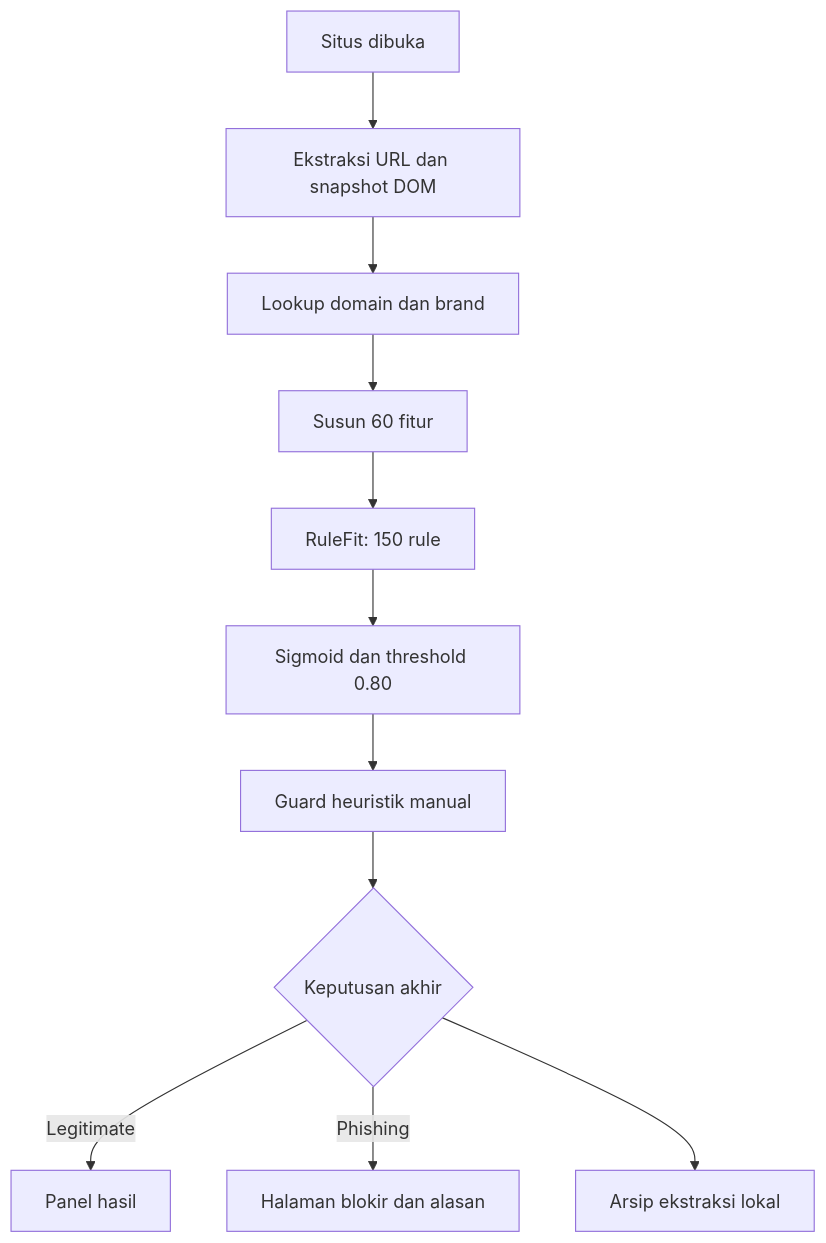
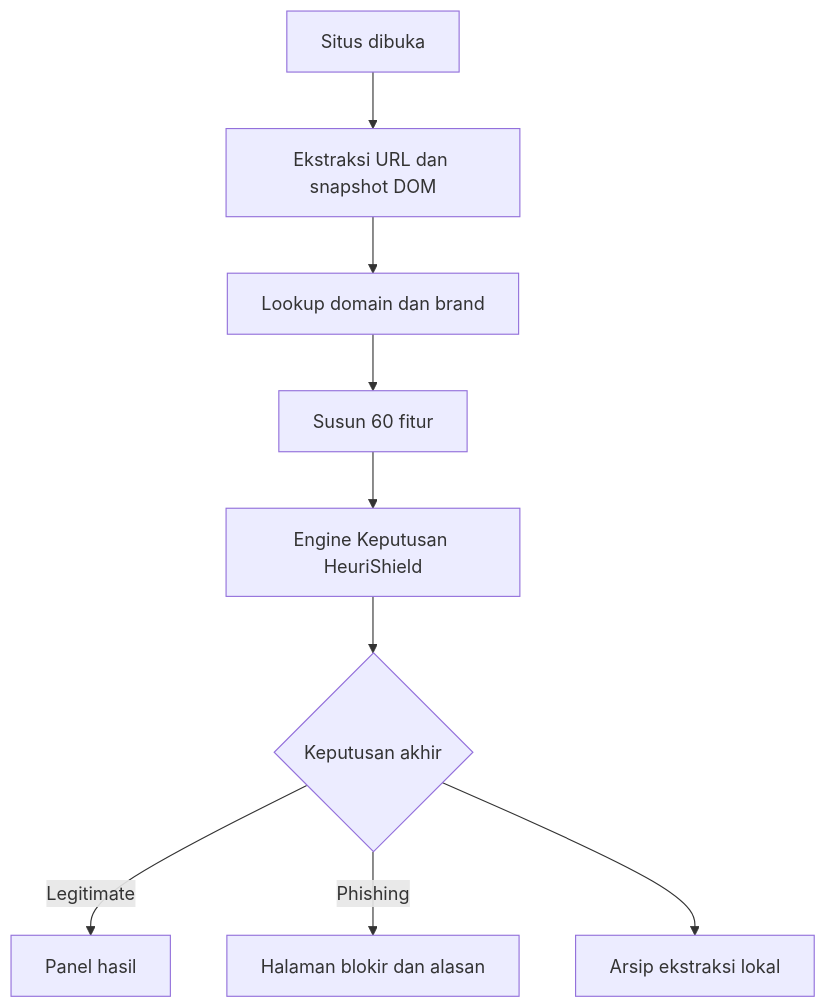
One commit to UmarFaruqManek/HeuriShieldV3 changed the first of 2 diagrams in README.md. Above: the diagram before and after it, drawn with Mermaid. The commit also changed other lines of this file and 6 other files, not shown here.

````diff
--- a/README.md
+++ b/README.md
@@ -19,13 +23,11 @@
 ```mermaid
 flowchart TD
   A[Situs dibuka] --> B[Ekstraksi URL dan snapshot DOM]
   B --> C[Lookup domain dan brand]
   C --> D[Susun 60 fitur]
-  D --> E[RuleFit: 150 rule]
-  E --> F[Sigmoid dan threshold 0.80]
-  F --> G[Guard heuristik manual]
-  G --> H{Keputusan akhir}
+  D --> E[Engine Keputusan HeuriShield]
+  E --> H{Keputusan akhir}
   H -->|Legitimate| I[Panel hasil]
   H -->|Phishing| J[Halaman blokir dan alasan]
   H --> K[Arsip ekstraksi lokal]
 ```
````
